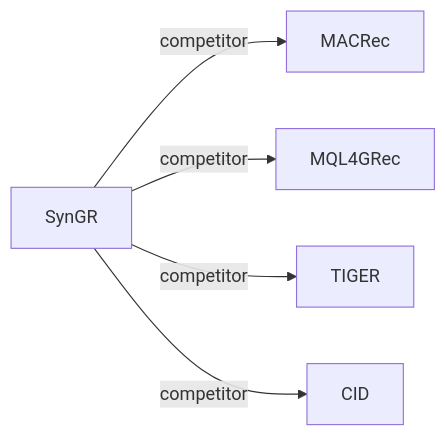
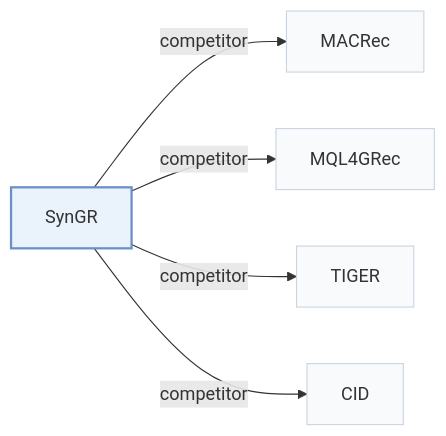
One commit to Galaxy-ghost/Awesome-SID-Generative-Rec changed the second of 2 diagrams in pages/papers/syngr.md. Above: the diagram before and after it, drawn with Mermaid. The commit also changed other lines of this file and 649 other files, not shown here.

Commit message:
writer-05: also tags and modality index (schema, check, build, visuals); summary field removed; calibration data for 12 papers

````diff
--- a/pages/papers/syngr.md
+++ b/pages/papers/syngr.md
@@ -68,8 +74,12 @@
 ```mermaid
 flowchart LR
     P["SynGR"]
-    P -->|competitor| A["MACRec"]
-    P -->|competitor| B["MQL4GRec"]
-    P -->|competitor| C["TIGER"]
-    P -->|competitor| D["CID"]
+    P -->|"competitor"| A["MACRec"]
+    P -->|"competitor"| B["MQL4GRec"]
+    P -->|"competitor"| C["TIGER"]
+    P -->|"competitor"| D["CID"]
+    classDef main fill:#eaf2fb,stroke:#6b8fc7,stroke-width:2px
+    classDef peer fill:#f8fafc,stroke:#cbd5e1
+    class P main
+    class A,B,C,D peer
 ```
````
